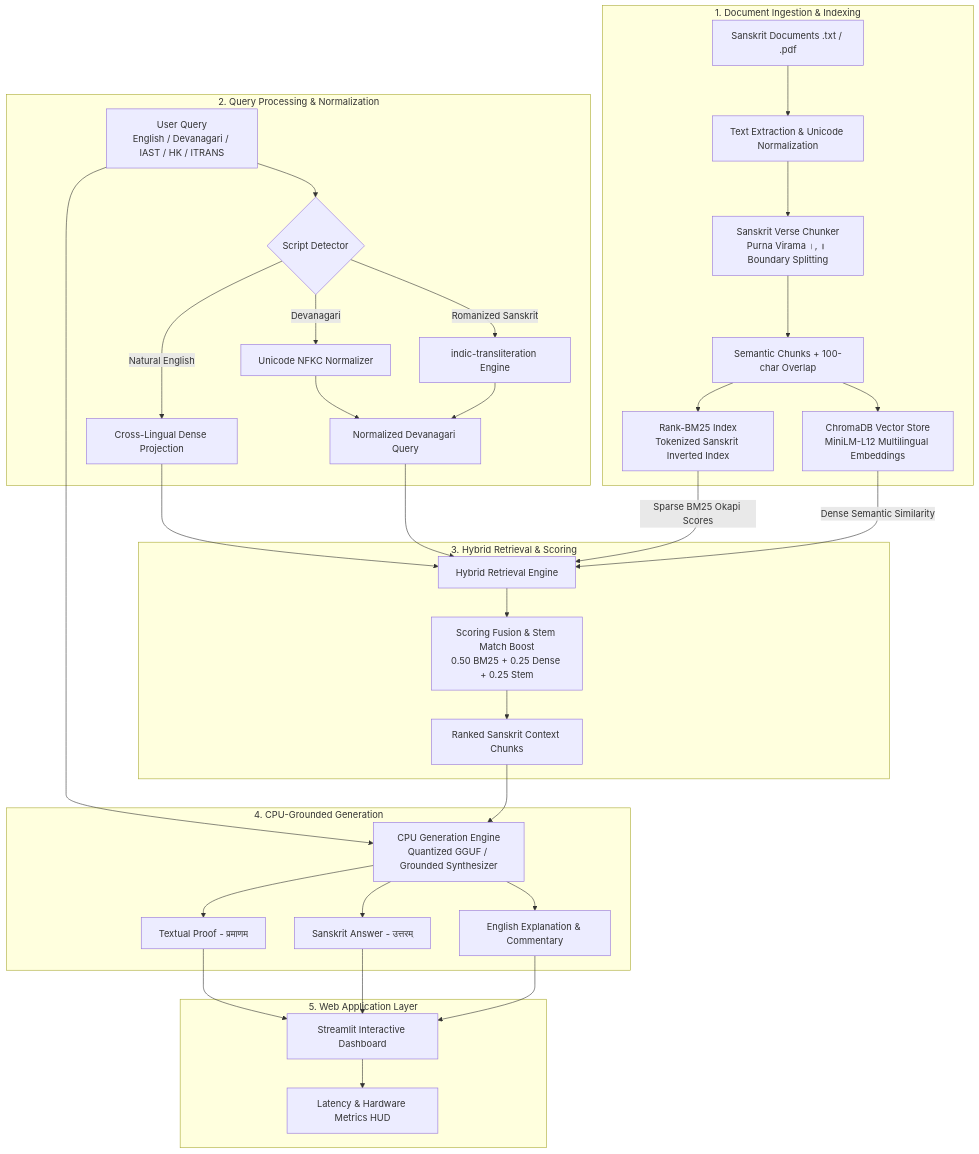
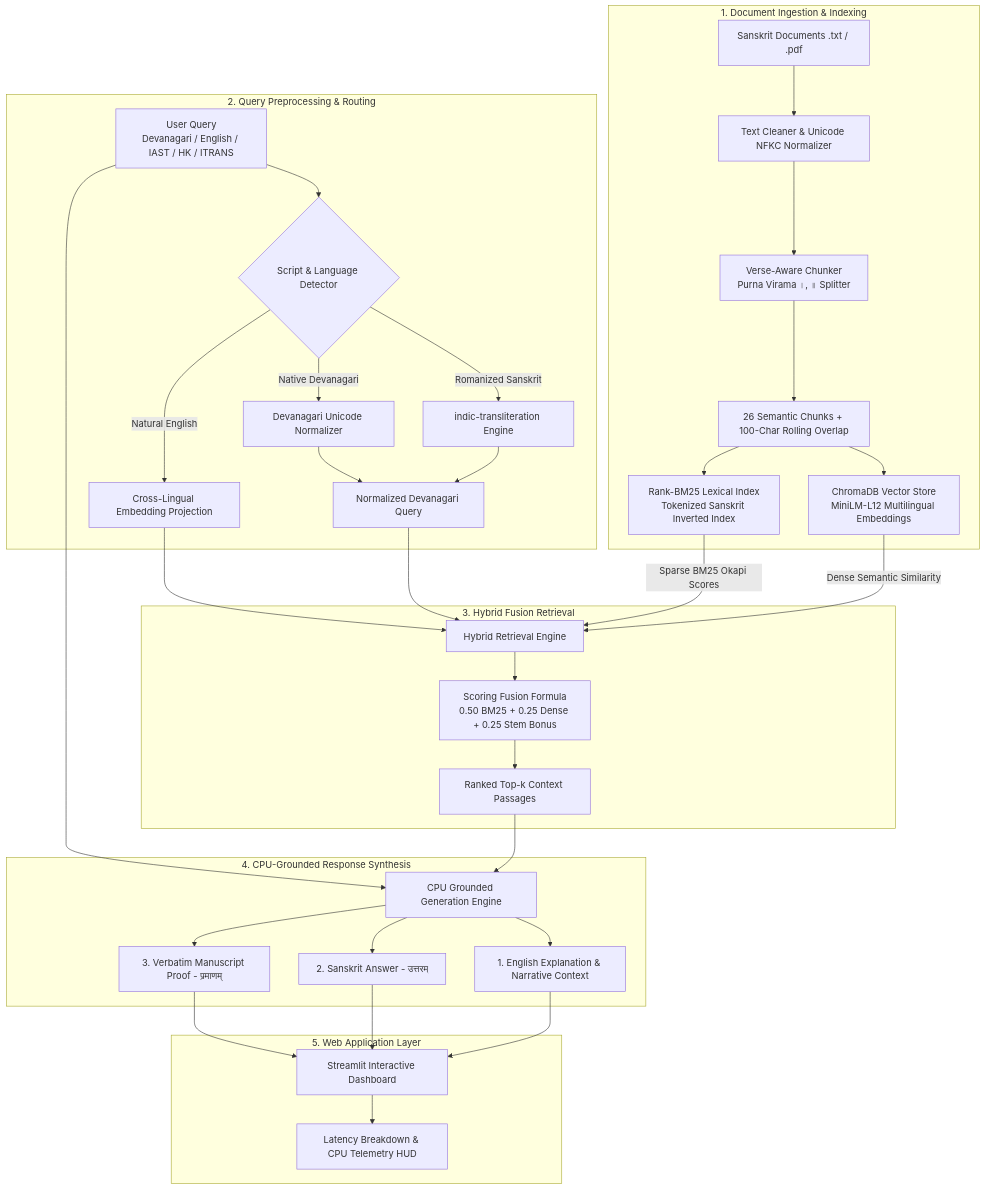
One commit to sahil-karande/RAG_Sanskrit_Sahil_Karande changed the diagram in README.md. Above: the diagram before and after it, drawn with Mermaid. The commit also changed other lines of this file and 1 other file, not shown here.

````diff
--- a/README.md
+++ b/README.md
@@ -78,40 +139,40 @@
 ```mermaid
 flowchart TD
     subgraph Ingestion ["1. Document Ingestion & Indexing"]
-        A[Sanskrit Documents .txt / .pdf] --> B[Text Extraction & Unicode Normalization]
-        B --> C[Sanskrit Verse Chunker\nPurna Virama ।, ॥ Boundary Splitting]
-        C --> D[Semantic Chunks + 100-char Overlap]
+        A[Sanskrit Documents .txt / .pdf] --> B[Text Cleaner & Unicode NFKC Normalizer]
+        B --> C[Verse-Aware Chunker\nPurna Virama ।, ॥ Splitter]
+        C --> D[26 Semantic Chunks + 100-Char Rolling Overlap]
         D --> E[ChromaDB Vector Store\nMiniLM-L12 Multilingual Embeddings]
-        D --> F[Rank-BM25 Index\nTokenized Sanskrit Inverted Index]
+        D --> F[Rank-BM25 Lexical Index\nTokenized Sanskrit Inverted Index]
     end
 
-    subgraph QueryFlow ["2. Query Processing & Normalization"]
-        Q[User Query\nEnglish / Devanagari / IAST / HK / ITRANS] --> G{Script Detector}
+    subgraph QueryFlow ["2. Query Preprocessing & Routing"]
+        Q[User Query\nDevanagari / English / IAST / HK / ITRANS] --> G{Script & Language Detector}
         G -->|Romanized Sanskrit| H[indic-transliteration Engine]
-        G -->|Devanagari| I[Unicode NFKC Normalizer]
-        G -->|Natural English| J[Cross-Lingual Dense Projection]
+        G -->|Native Devanagari| I[Devanagari Unicode Normalizer]
+        G -->|Natural English| J[Cross-Lingual Embedding Projection]
         H --> K[Normalized Devanagari Query]
         I --> K
     end
 
-    subgraph Retrieval ["3. Hybrid Retrieval & Scoring"]
+    subgraph Retrieval ["3. Hybrid Fusion Retrieval"]
         K & J --> L[Hybrid Retrieval Engine]
         E -->|Dense Semantic Similarity| L
         F -->|Sparse BM25 Okapi Scores| L
-        L --> M[Scoring Fusion & Stem Match Boost\n0.50 BM25 + 0.25 Dense + 0.25 Stem]
-        M --> N[Ranked Sanskrit Context Chunks]
+        L --> M[Scoring Fusion Formula\n0.50 BM25 + 0.25 Dense + 0.25 Stem Bonus]
+        M --> N[Ranked Top-k Context Passages]
     end
 
-    subgraph Generation ["4. CPU-Grounded Generation"]
-        N --> O[CPU Generation Engine\nQuantized GGUF / Grounded Synthesizer]
+    subgraph Generation ["4. CPU-Grounded Response Synthesis"]
+        N --> O[CPU Grounded Generation Engine]
         Q --> O
-        O --> P1[English Explanation & Commentary]
-        O --> P2[Sanskrit Answer - उत्तरम्]
-        O --> P3[Textual Proof - प्रमाणम्]
+        O --> P1[1. English Explanation & Narrative Context]
+        O --> P2[2. Sanskrit Answer - उत्तरम्]
+        O --> P3[3. Verbatim Manuscript Proof - प्रमाणम्]
     end
 
-    subgraph UI ["5. Web Application Layer"]
-        P1 & P2 & P3 --> UIApp[Streamlit Interactive Dashboard]
-        UIApp --> HUD[Latency & Hardware Metrics HUD]
+    subgraph Interface ["5. Web Application Layer"]
+        P1 & P2 & P3 --> UI[Streamlit Interactive Dashboard]
+        UI --> Metrics[Latency Breakdown & CPU Telemetry HUD]
     end
 ```
````
